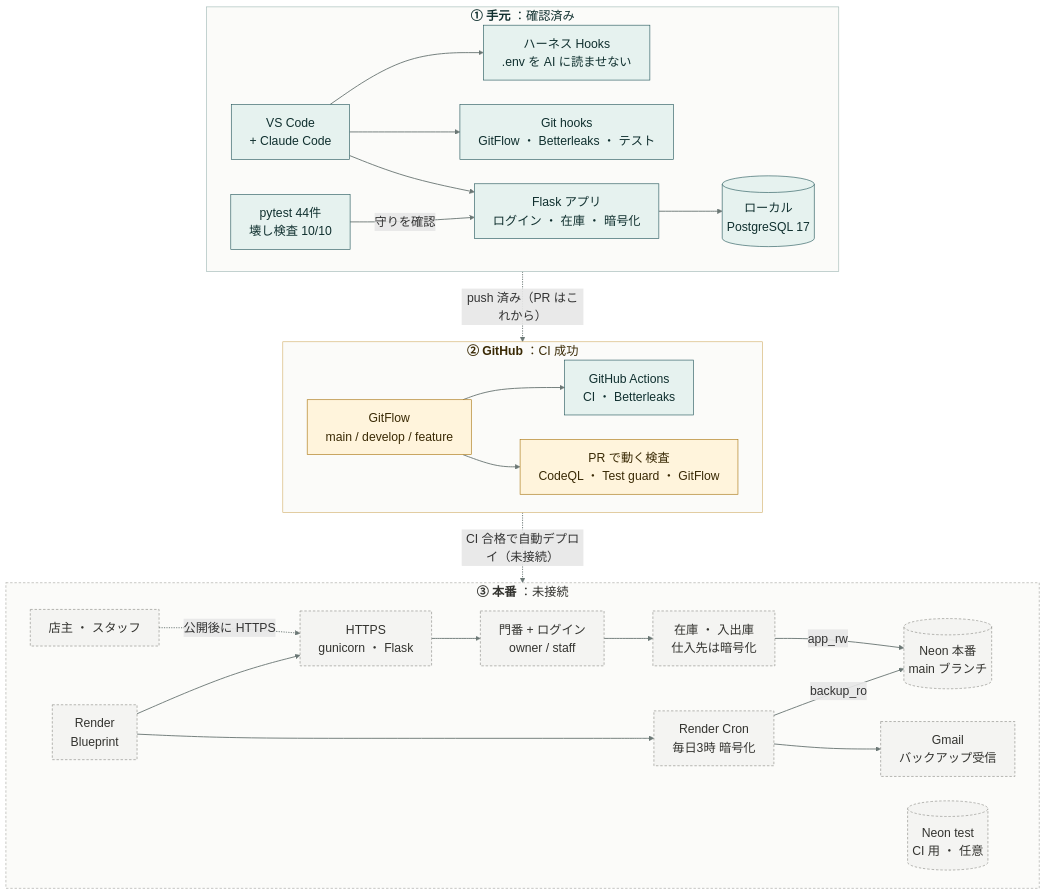
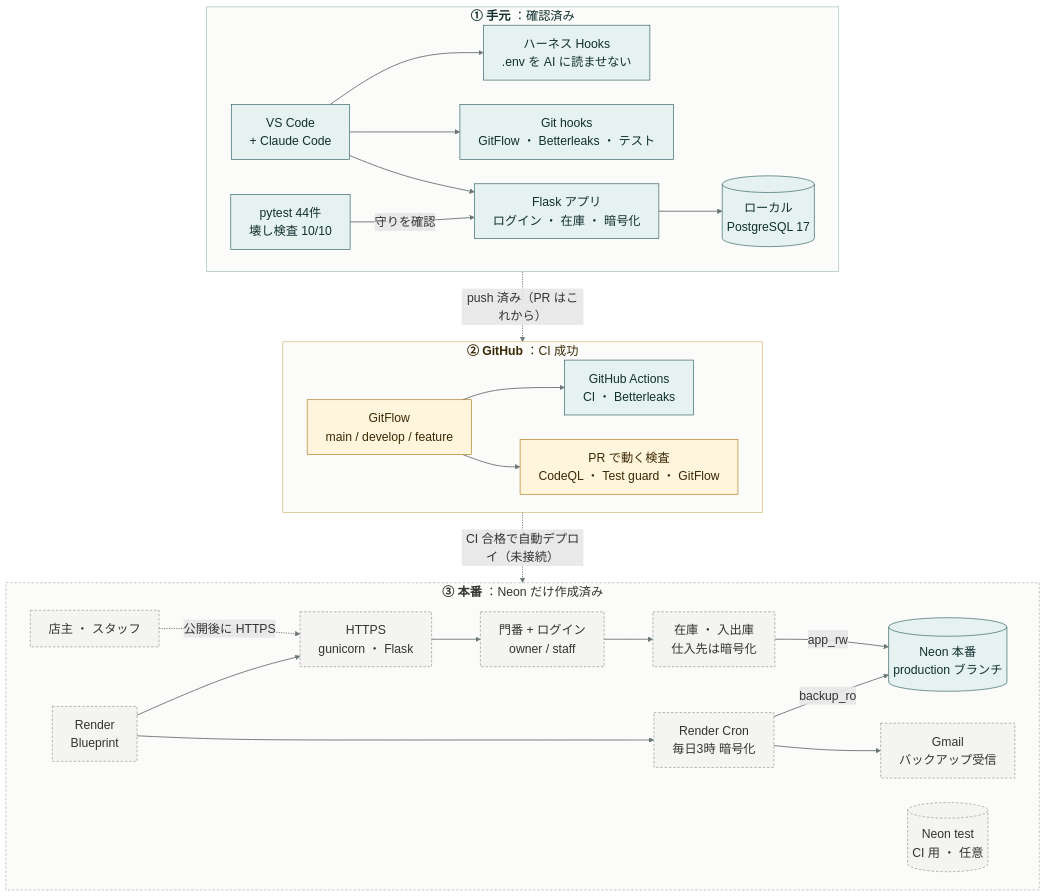
One commit to AchieveOn/20261103 changed the first of 2 diagrams in docs/ARCHITECTURE.md. Above: the diagram before and after it, drawn with Mermaid. The commit also changed other lines of this file and 4 other files, not shown here.

````diff
--- a/docs/ARCHITECTURE.md
+++ b/docs/ARCHITECTURE.md
@@ -28,71 +28,71 @@
 ```mermaid
 ---
 config:
   markdownAutoWrap: false
   flowchart:
     wrappingWidth: 420
     nodeSpacing: 40
     rankSpacing: 55
   themeVariables:
     fontSize: 20px
 ---
 flowchart TB
   %% 喫茶在庫の全体図（状態つき）。docs/ARCHITECTURE.md の「全体図」と同じ内容なので、直すときは両方そろえる
   %% 3段を縦に積み、段の中は左→右。段どうしは段そのものを矢印でつなぐ（中の向き LR を保つため）
   classDef done fill:#e6f2ef,stroke:#23565a,color:#10302f
   classDef ready fill:#fff4dc,stroke:#a8740f,color:#3a2a05
   classDef todo fill:#f4f4f2,stroke:#8a8a85,color:#33332f,stroke-dasharray:4 3
 
   subgraph L["`**① 手元** ：確認済み`"]
     direction LR
     VS["VS Code<br/>+ Claude Code"]
     HK["ハーネス Hooks<br/>.env を AI に読ませない"]
     GHK["Git hooks<br/>GitFlow ・ Betterleaks ・ テスト"]
     TST["pytest 44件<br/>壊し検査 10/10"]
     APP["Flask アプリ<br/>ログイン ・ 在庫 ・ 暗号化"]
     LDB[("ローカル<br/>PostgreSQL 17")]
     VS --> HK
     VS --> GHK
     VS --> APP --> LDB
     TST -->|守りを確認| APP
   end
 
   subgraph G["`**② GitHub** ：CI 成功`"]
     direction LR
     GF["GitFlow<br/>main / develop / feature"]
     ACT["GitHub Actions<br/>CI ・ Betterleaks"]
     PRC["PR で動く検査<br/>CodeQL ・ Test guard ・ GitFlow"]
     GF --> ACT
     GF --> PRC
   end
 
-  subgraph P["`**③ 本番** ：未接続`"]
+  subgraph P["`**③ 本番** ：Neon だけ作成済み`"]
     direction LR
     USR["店主 ・ スタッフ"]
     BP["Render<br/>Blueprint"]
     WEB["HTTPS<br/>gunicorn ・ Flask"]
     AUTH["門番 + ログイン<br/>owner / staff"]
     INV["在庫 ・ 入出庫<br/>仕入先は暗号化"]
-    NEON[("Neon 本番<br/>main ブランチ")]
+    NEON[("Neon 本番<br/>production ブランチ")]
     NT[("Neon test<br/>CI 用 ・ 任意")]
     CRON["Render Cron<br/>毎日3時 暗号化"]
     GM["Gmail<br/>バックアップ受信"]
     USR -. 公開後に HTTPS .-> WEB
     BP --> WEB --> AUTH --> INV -->|app_rw| NEON
     BP --> CRON -->|backup_ro| NEON
     CRON --> GM
   end
 
   L -. "push 済み（PR はこれから）" .-> G
   G -. "CI 合格で自動デプロイ（未接続）" .-> P
 
   linkStyle default stroke:#6b7775,stroke-width:1.5px
 
   style L fill:#fbfbf9,stroke:#9fb8b4,color:#10302f
   style G fill:#fbfbf9,stroke:#d2b06a,color:#3a2a05
   style P fill:#fbfbf9,stroke:#a5a5a0,color:#33332f,stroke-dasharray:4 3
 
-  class VS,HK,GHK,APP,LDB,TST,ACT done
+  class VS,HK,GHK,APP,LDB,TST,ACT,NEON done
   class GF,PRC ready
-  class USR,BP,WEB,AUTH,INV,NEON,NT,CRON,GM todo
+  class USR,BP,WEB,AUTH,INV,NT,CRON,GM todo
 ```
````
